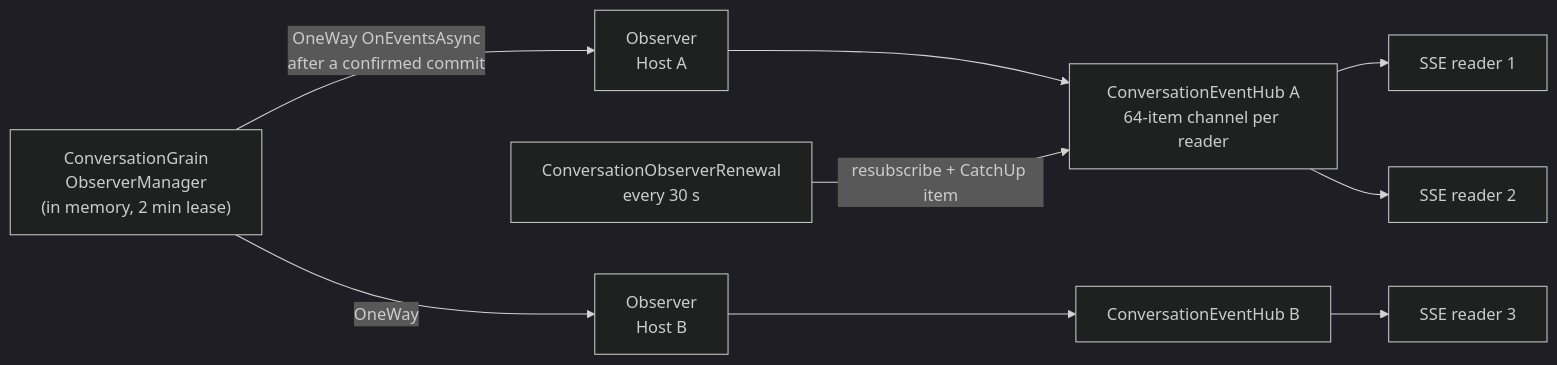
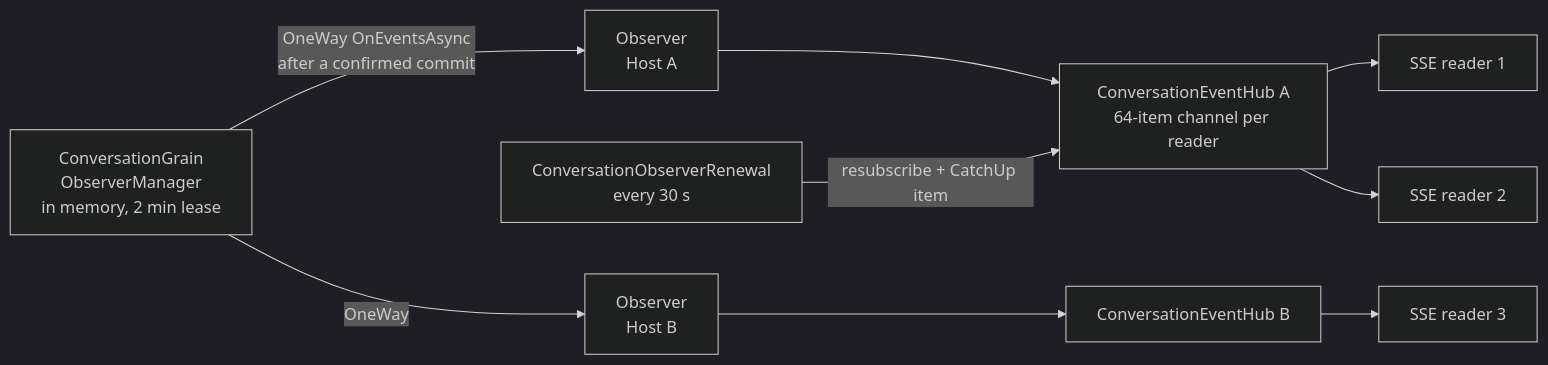
The sixth of 23 diagrams in docs/design/how-conversations-work.md (katasec/mission-control-language), drawn with Mermaid (dark theme) before and after one commit. The commit also changed other lines of this file and 2 other files, not shown here.

````diff
--- a/docs/design/how-conversations-work.md
+++ b/docs/design/how-conversations-work.md
@@ -188,11 +209,11 @@
 ```mermaid
 flowchart LR
-  G["ConversationGrain<br/>ObserverManager<br/>(in memory, 2 min lease)"] -->|"OneWay OnEventsAsync<br/>after a confirmed commit"| O1["Observer<br/>Host A"]
-  G -->|OneWay| O2["Observer<br/>Host B"]
+  G["ConversationGrain<br/>ObserverManager<br/>in memory, 2 min lease"] -->|"OneWay OnEventsAsync<br/>after a confirmed commit"| O1["Observer<br/>Host A"]
+  G -->|"OneWay"| O2["Observer<br/>Host B"]
   O1 --> HUB1["ConversationEventHub A<br/>64-item channel per reader"]
   O2 --> HUB2["ConversationEventHub B"]
   HUB1 --> R1["SSE reader 1"]
   HUB1 --> R2["SSE reader 2"]
   HUB2 --> R3["SSE reader 3"]
   REN["ConversationObserverRenewal<br/>every 30 s"] -->|"resubscribe + CatchUp item"| HUB1
 ```
````
